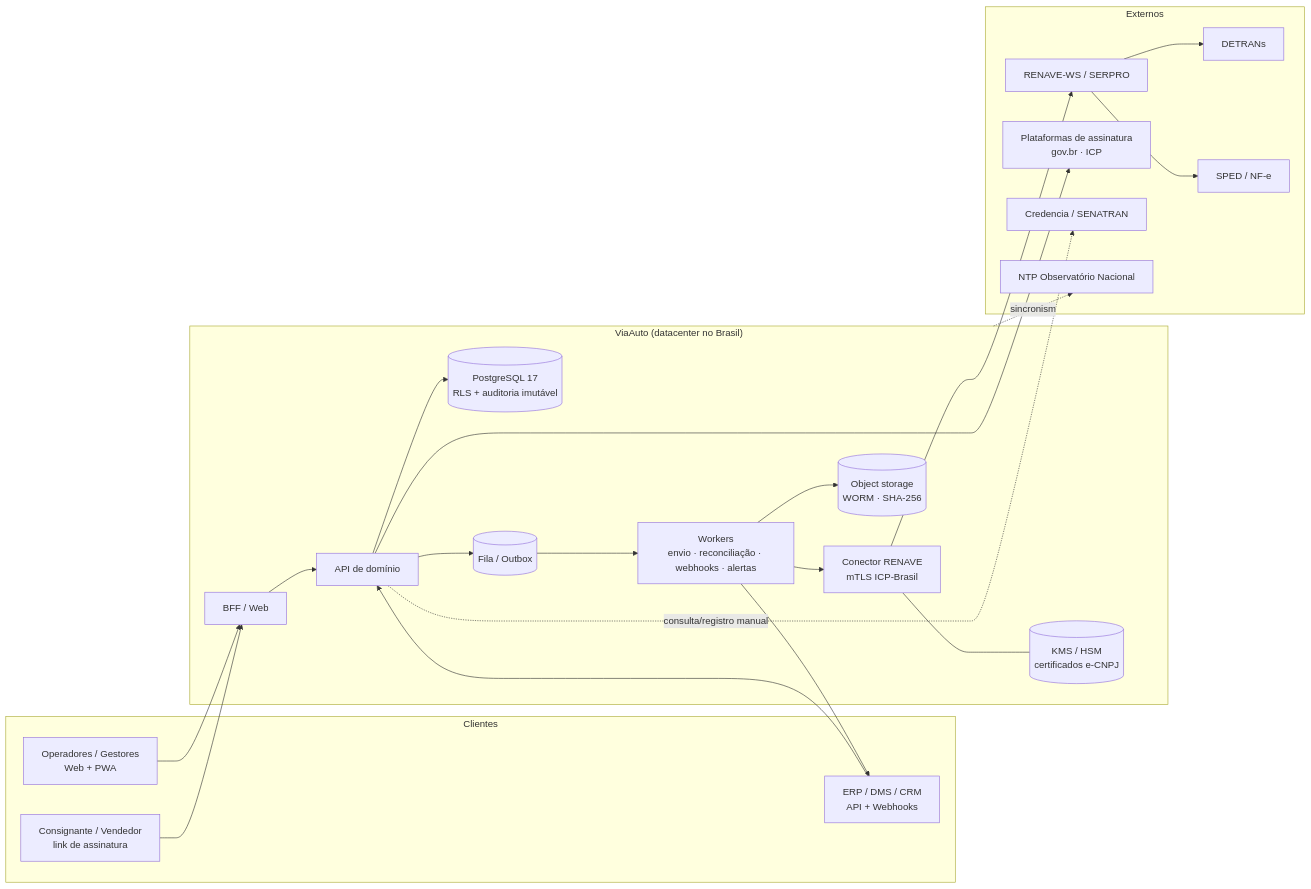
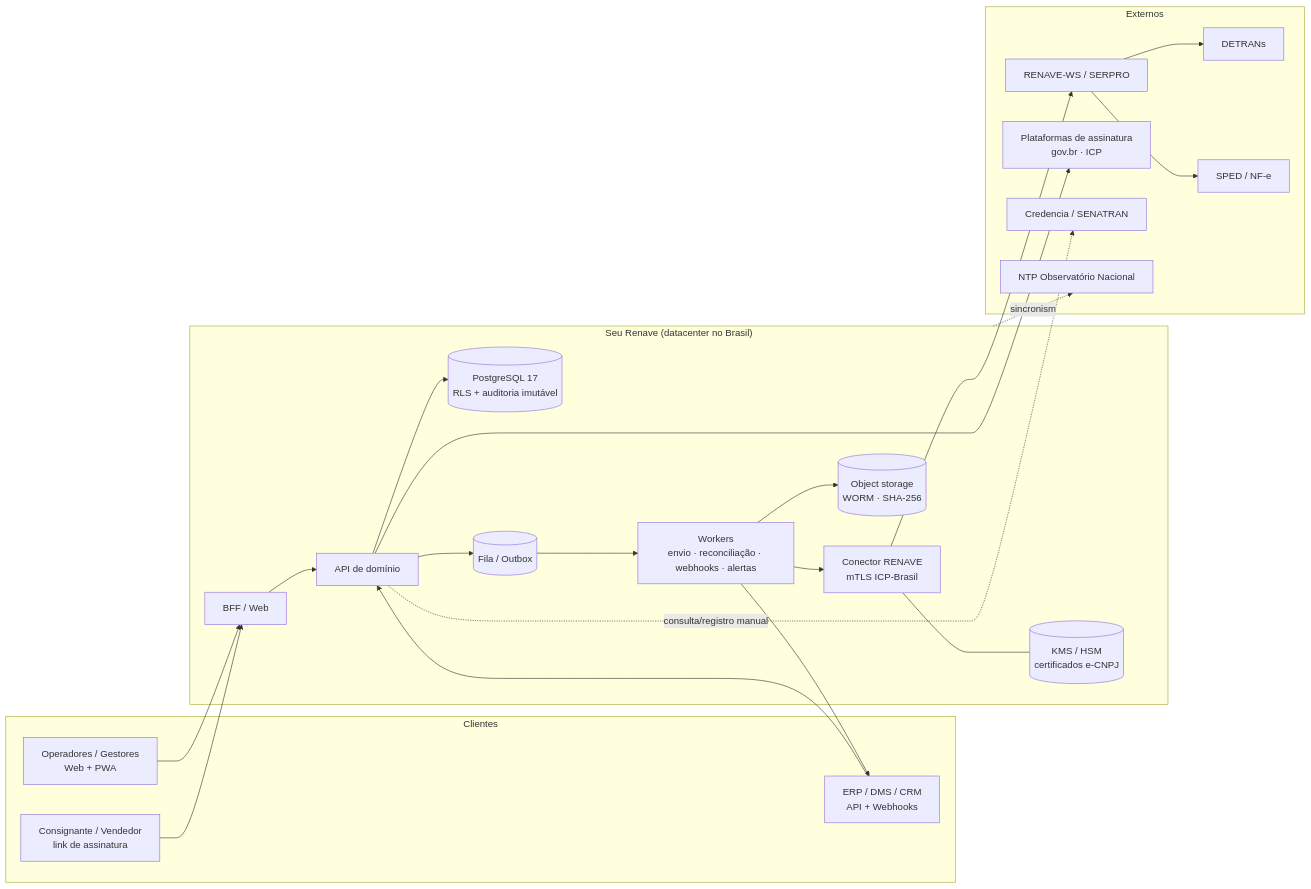
Before and after one commit to joaopaulomirandamatias/renave: the first of 4 diagrams in docs/07-arquitetura-e-dados.md, drawn with Mermaid. The commit also changed 9 other files, not shown here.

First line of the commit message:
Marca Seu Renave: renomeia o produto, novo texto oficial e análise de risco do nome

````diff
--- a/docs/07-arquitetura-e-dados.md
+++ b/docs/07-arquitetura-e-dados.md
@@ -5,39 +5,39 @@
 ```mermaid
 flowchart LR
   subgraph Clientes
     U[Operadores / Gestores<br/>Web + PWA]
     ERP[ERP / DMS / CRM<br/>API + Webhooks]
     CON[Consignante / Vendedor<br/>link de assinatura]
   end
-  subgraph Plataforma["ViaAuto (datacenter no Brasil)"]
+  subgraph Plataforma["Seu Renave (datacenter no Brasil)"]
     BFF[BFF / Web]
     API[API de domínio]
     WK[Workers<br/>envio · reconciliação · webhooks · alertas]
     CX[Conector RENAVE<br/>mTLS ICP-Brasil]
     KMS[(KMS / HSM<br/>certificados e-CNPJ)]
     DB[(PostgreSQL 17<br/>RLS + auditoria imutável)]
     S3[(Object storage<br/>WORM · SHA-256)]
     Q[(Fila / Outbox)]
   end
   subgraph Externos
     RNV[RENAVE-WS / SERPRO]
     DET[DETRANs]
     SPED[SPED / NF-e]
     ASS[Plataformas de assinatura<br/>gov.br · ICP]
     CRD[Credencia / SENATRAN]
     NTP[NTP Observatório Nacional]
   end
   U --> BFF --> API
   ERP --> API
   CON --> BFF
   API --> DB
   API --> Q --> WK --> CX --> RNV
   CX --- KMS
   WK --> S3
   WK --> ERP
   RNV --> DET
   RNV --> SPED
   API --> ASS
   API -.consulta/registro manual.-> CRD
   Plataforma -.sincronismo.-> NTP
 ```
````
